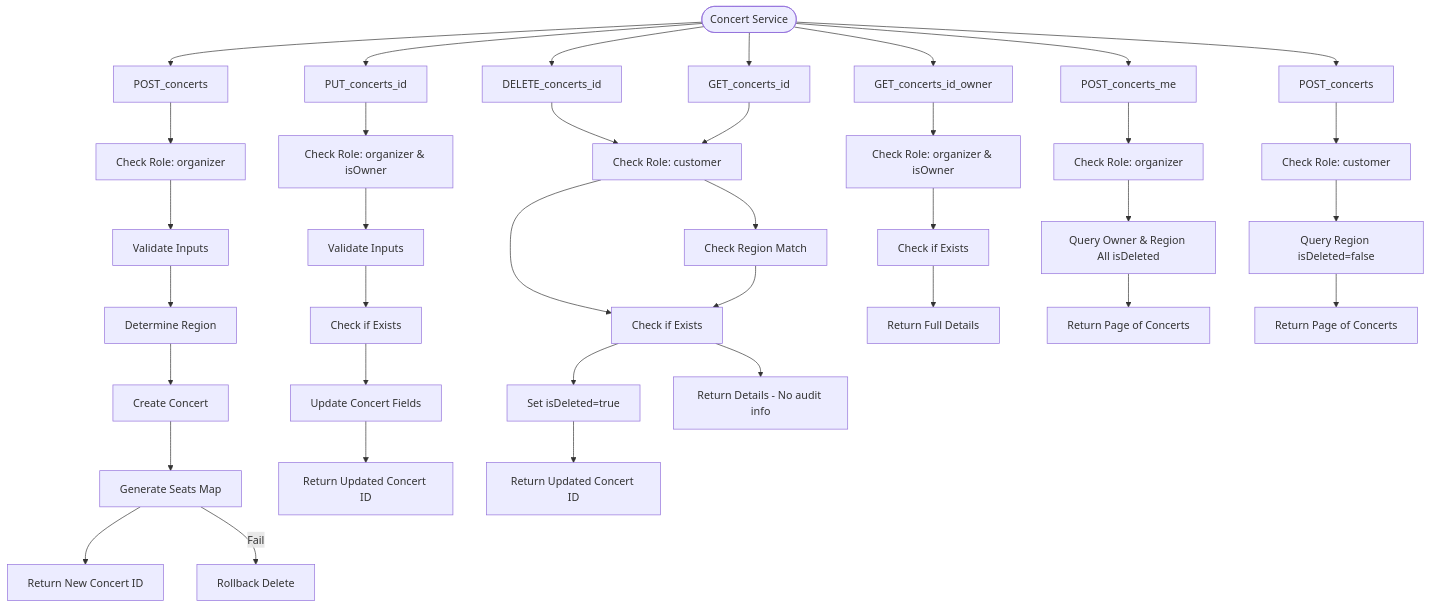
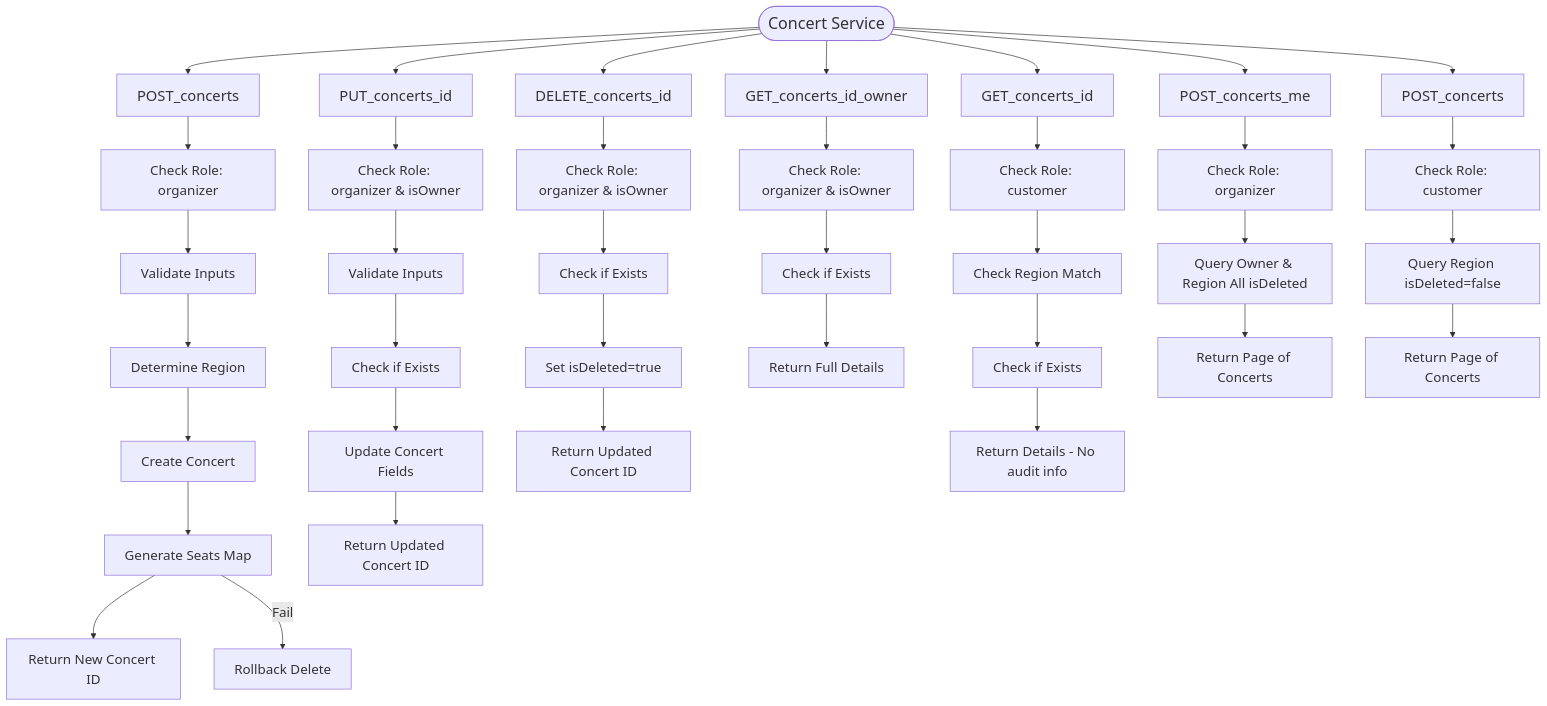
Before and after one commit to LeDuyNhan1201/concertify: the second of 3 diagrams in README.md, drawn with Mermaid. The commit also changed other lines of this file, not shown here.

First line of the commit message:
Enhance README with updated service flowcharts

````diff
--- a/README.md
+++ b/README.md
@@ -57,53 +91,90 @@
 ```mermaid
+%%{init: {"themeVariables": {"fontSize": "20px"}}}%%
 flowchart TD
-  Start([Concert Service]) 
+  Start([Concert Service])
+  style Start font-size:24px
 
   %% Create
   Start --> CreateConcert[POST_concerts]
+  style CreateConcert font-size:22px
   CreateConcert --> CC_Role[Check Role: organizer]
+  style CC_Role font-size:20px
   CC_Role --> CC_Validate[Validate Inputs]
+  style CC_Validate font-size:20px
   CC_Validate --> CC_Region[Determine Region]
+  style CC_Region font-size:20px
   CC_Region --> CC_Create[Create Concert]
+  style CC_Create font-size:20px
   CC_Create --> CC_Seats[Generate Seats Map]
+  style CC_Seats font-size:20px
   CC_Seats --> CC_Success[Return New Concert ID]
+  style CC_Success font-size:20px
   CC_Seats -->|Fail| CC_Rollback[Rollback Delete]
+  style CC_Rollback font-size:20px
 
   %% Update
   Start --> UpdateConcert[PUT_concerts_id]
+  style UpdateConcert font-size:22px
   UpdateConcert --> UC_Role[Check Role: organizer & isOwner]
+  style UC_Role font-size:20px
   UC_Role --> UC_Validate[Validate Inputs]
+  style UC_Validate font-size:20px
   UC_Validate --> UC_CheckExist[Check if Exists]
+  style UC_CheckExist font-size:20px
   UC_CheckExist --> UC_Update[Update Concert Fields]
+  style UC_Update font-size:20px
   UC_Update --> UC_Success[Return Updated Concert ID]
+  style UC_Success font-size:20px
 
   %% Delete
   Start --> DeleteConcert[DELETE_concerts_id]
+  style DeleteConcert font-size:22px
   DeleteConcert --> DC_Role[Check Role: organizer & isOwner]
+  style DC_Role font-size:20px
   DC_Role --> DC_CheckExist[Check if Exists]
+  style DC_CheckExist font-size:20px
   DC_CheckExist --> DC_SoftDelete[Set isDeleted=true]
+  style DC_SoftDelete font-size:20px
   DC_SoftDelete --> DC_Success[Return Updated Concert ID]
+  style DC_Success font-size:20px
 
   %% Details
   Start --> DetailOrganizer[GET_concerts_id_owner]
+  style DetailOrganizer font-size:22px
   DetailOrganizer --> DO_Role[Check Role: organizer & isOwner]
+  style DO_Role font-size:20px
   DO_Role --> DO_CheckExist[Check if Exists]
+  style DO_CheckExist font-size:20px
   DO_CheckExist --> DO_Return[Return Full Details]
+  style DO_Return font-size:20px
 
   Start --> DetailCustomer[GET_concerts_id]
-  DetailCustomer --> DC_Role[Check Role: customer]
-  DC_Role --> DC_Region[Check Region Match]
-  DC_Region --> DC_CheckExist[Check if Exists]
-  DC_CheckExist --> DC_Return[Return Details - No audit info]
+  style DetailCustomer font-size:22px
+  DetailCustomer --> DC_Role_C[Check Role: customer]
+  style DC_Role_C font-size:20px
+  DC_Role_C --> DC_Region[Check Region Match]
+  style DC_Region font-size:20px
+  DC_Region --> DC_CheckExist_C[Check if Exists]
+  style DC_CheckExist_C font-size:20px
+  DC_CheckExist_C --> DC_Return[Return Details - No audit info]
+  style DC_Return font-size:20px
 
   %% Search
   Start --> SearchOrganizer[POST_concerts_me]
+  style SearchOrganizer font-size:22px
   SearchOrganizer --> SO_Role[Check Role: organizer]
+  style SO_Role font-size:20px
   SO_Role --> SO_Query[Query Owner & Region All isDeleted]
+  style SO_Query font-size:20px
   SO_Query --> SO_Return[Return Page of Concerts]
+  style SO_Return font-size:20px
 
   Start --> SearchCustomer[POST_concerts]
+  style SearchCustomer font-size:22px
   SearchCustomer --> SC_Role[Check Role: customer]
+  style SC_Role font-size:20px
   SC_Role --> SC_Query[Query Region isDeleted=false]
+  style SC_Query font-size:20px
   SC_Query --> SC_Return[Return Page of Concerts]
-
+  style SC_Return font-size:20px
 ```
````
